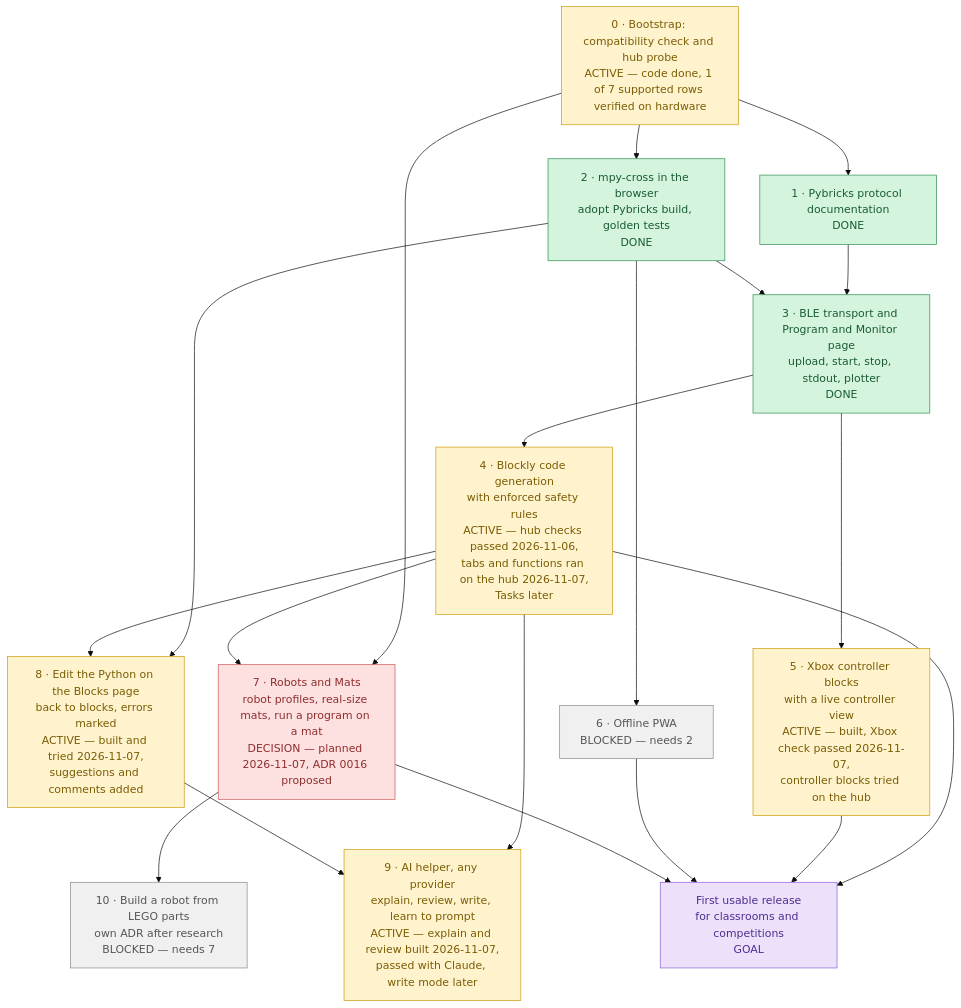
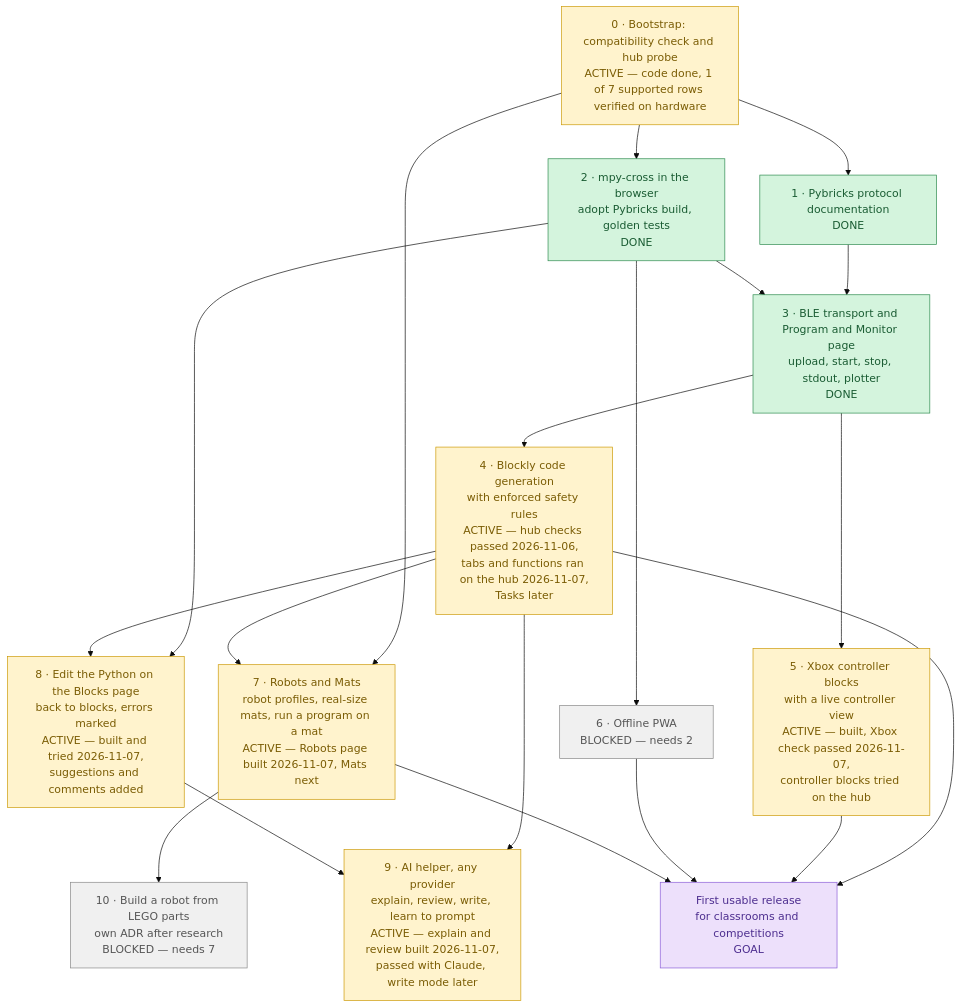
One commit to lumduan/matpilot changed the diagram in docs/roadmap.md. Above: the diagram before and after it, drawn with Mermaid (base theme). The commit also changed other lines of this file and 36 other files, not shown here.

First line of the commit message:
feat(robots): Robots page and a program that uses a robot (ADR 0016, step 7a)

````diff
--- a/docs/roadmap.md
+++ b/docs/roadmap.md
@@ -10,49 +10,49 @@
 ```mermaid
 flowchart TD
     M0["0 · Bootstrap: compatibility check and hub probe<br/>ACTIVE — code done, 1 of 7 supported rows verified on hardware"]
     M1["1 · Pybricks protocol documentation<br/>DONE"]
     M2["2 · mpy-cross in the browser<br/>adopt Pybricks build, golden tests<br/>DONE"]
     M3["3 · BLE transport and Program and Monitor page<br/>upload, start, stop, stdout, plotter<br/>DONE"]
     M4["4 · Blockly code generation<br/>with enforced safety rules<br/>ACTIVE — hub checks passed 2026-11-06,<br/>tabs and functions ran on the hub 2026-11-07,<br/>Tasks later"]
     M5["5 · Xbox controller blocks<br/>with a live controller view<br/>ACTIVE — built, Xbox check passed 2026-11-07,<br/>controller blocks tried on the hub"]
     M6["6 · Offline PWA<br/>BLOCKED — needs 2"]
-    M7["7 · Robots and Mats<br/>robot profiles, real-size mats, run a program on a mat<br/>DECISION — planned 2026-11-07, ADR 0016 proposed"]
+    M7["7 · Robots and Mats<br/>robot profiles, real-size mats, run a program on a mat<br/>ACTIVE — Robots page built 2026-11-07, Mats next"]
     M10["10 · Build a robot from LEGO parts<br/>own ADR after research<br/>BLOCKED — needs 7"]
     M8["8 · Edit the Python on the Blocks page<br/>back to blocks, errors marked<br/>ACTIVE — built and tried 2026-11-07,<br/>suggestions and comments added"]
     M9["9 · AI helper, any provider<br/>explain, review, write, learn to prompt<br/>ACTIVE — explain and review built 2026-11-07,<br/>passed with Claude, write mode later"]
     GOAL["First usable release<br/>for classrooms and competitions<br/>GOAL"]
 
     M0 --> M1
     M0 --> M2
     M0 --> M7
     M4 --> M7
     M7 --> M10
     M1 --> M3
     M2 --> M3
     M3 --> M4
     M3 --> M5
     M2 --> M6
     M4 --> GOAL
     M5 --> GOAL
     M6 --> GOAL
     M7 --> GOAL
     M2 --> M8
     M4 --> M8
     M4 --> M9
     M8 --> M9
 
     classDef done     fill:#d4f4dd,stroke:#2d8a4e,color:#1a5c33
     classDef active   fill:#fff3cd,stroke:#cc9a06,color:#7a5c04
     classDef ready    fill:#d6e9ff,stroke:#3b7dd8,color:#1e4d8f
     classDef blocked  fill:#f0f0f0,stroke:#888,color:#555
     classDef goal     fill:#ede0fb,stroke:#8a5cd8,color:#4d2e8f
     classDef decision fill:#fde0e0,stroke:#d05555,color:#8f2e2e
 
     class M0,M4,M5 active
     class M1,M2,M3 done
-    class M7 decision
+    class M7 active
     class M6,M10 blocked
     class GOAL goal
     class M8 active
     class M9 active
 ```
````
